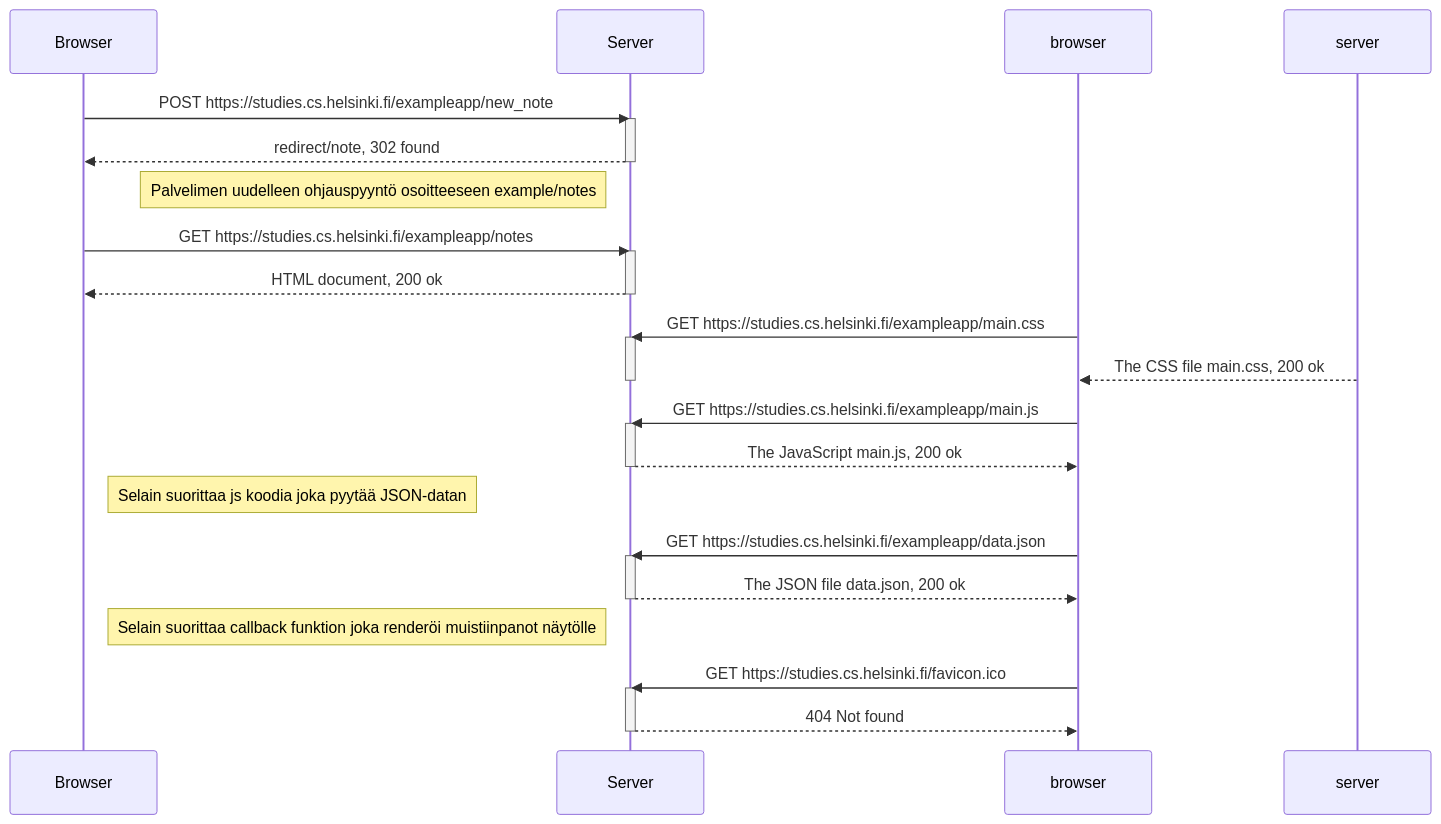
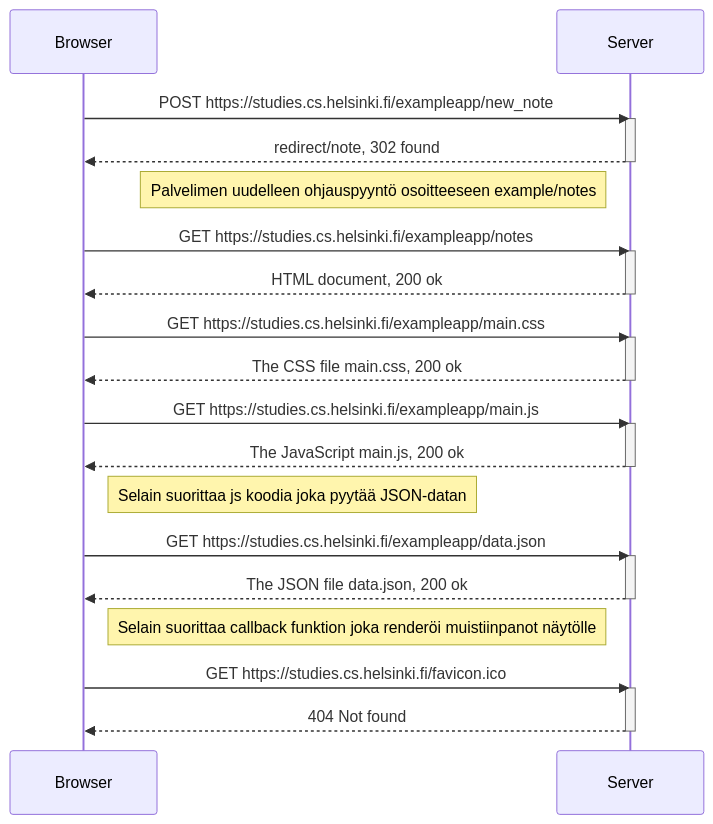
Before and after one commit to bbb-5/Fullstack_open: the diagram in osa0/0.4_Uusi_Muistiinpano.md, drawn with Mermaid.

Commit message:
fix typos in 0.4

````diff
--- a/osa0/0.4_Uusi_Muistiinpano.md
+++ b/osa0/0.4_Uusi_Muistiinpano.md
@@ -4,41 +4,41 @@
 ``` mermaid
 sequenceDiagram
     participant Browser
     participant Server
 
     Browser->>Server: POST https://studies.cs.helsinki.fi/exampleapp/new_note
     activate Server
     Server-->>Browser: redirect/note, 302 found
     deactivate Server
 
     Note left of Server: Palvelimen uudelleen ohjauspyyntö osoitteeseen example/notes
 
     Browser->>Server: GET https://studies.cs.helsinki.fi/exampleapp/notes
     activate Server
     Server-->>Browser: HTML document, 200 ok
     deactivate Server
     
-    browser->>Server: GET https://studies.cs.helsinki.fi/exampleapp/main.css
+    Browser->>Server: GET https://studies.cs.helsinki.fi/exampleapp/main.css
     activate Server
-    server-->>browser: The CSS file main.css, 200 ok
+    Server-->>Browser: The CSS file main.css, 200 ok
     deactivate Server
     
-    browser->>Server: GET https://studies.cs.helsinki.fi/exampleapp/main.js
+    Browser->>Server: GET https://studies.cs.helsinki.fi/exampleapp/main.js
     activate Server
-    Server-->>browser: The JavaScript main.js, 200 ok
+    Server-->>Browser: The JavaScript main.js, 200 ok
     deactivate Server
 
     Note right of Browser: Selain suorittaa js koodia joka pyytää JSON-datan
 
-    browser->>Server: GET https://studies.cs.helsinki.fi/exampleapp/data.json
+    Browser->>Server: GET https://studies.cs.helsinki.fi/exampleapp/data.json
     activate Server
-    Server-->>browser: The JSON file data.json, 200 ok
+    Server-->>Browser: The JSON file data.json, 200 ok
     deactivate Server
 
     Note right of Browser: Selain suorittaa callback funktion joka renderöi muistiinpanot näytölle
 
-    browser->>Server: GET https://studies.cs.helsinki.fi/favicon.ico
+    Browser->>Server: GET https://studies.cs.helsinki.fi/favicon.ico
     activate Server
-    Server-->>browser: 404 Not found
+    Server-->>Browser: 404 Not found
     deactivate Server
 ```
````
